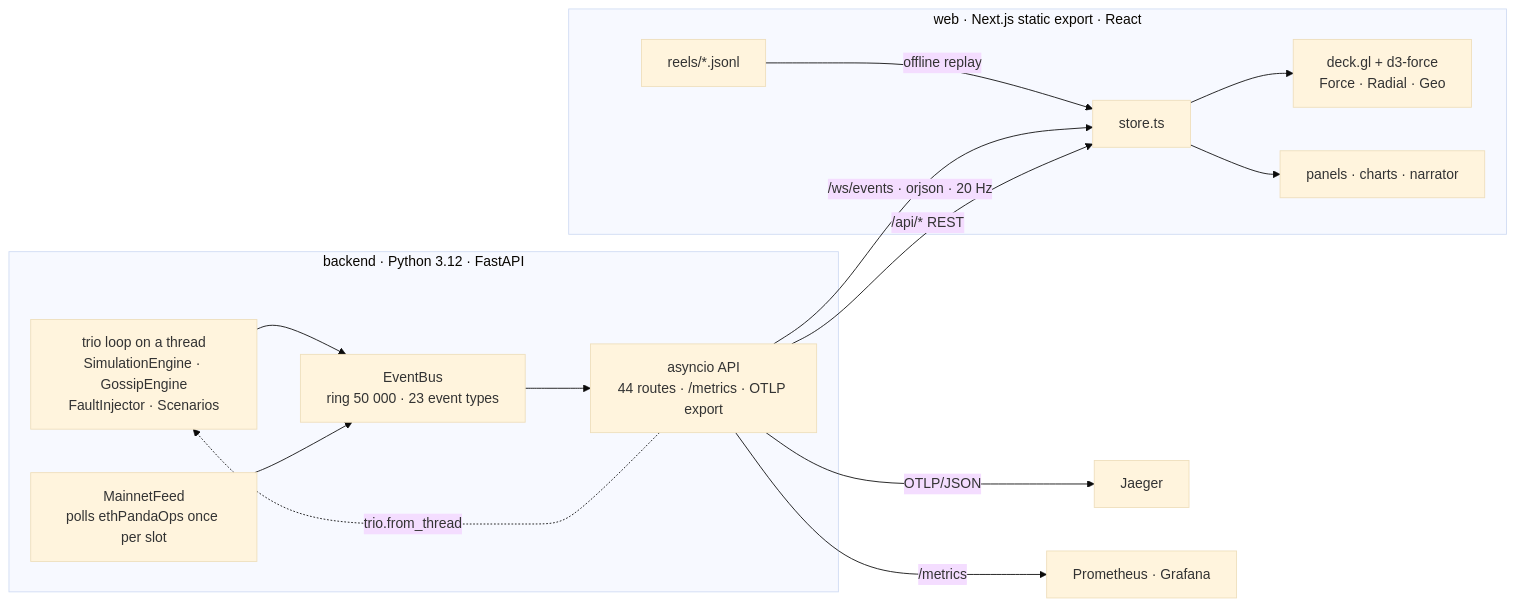
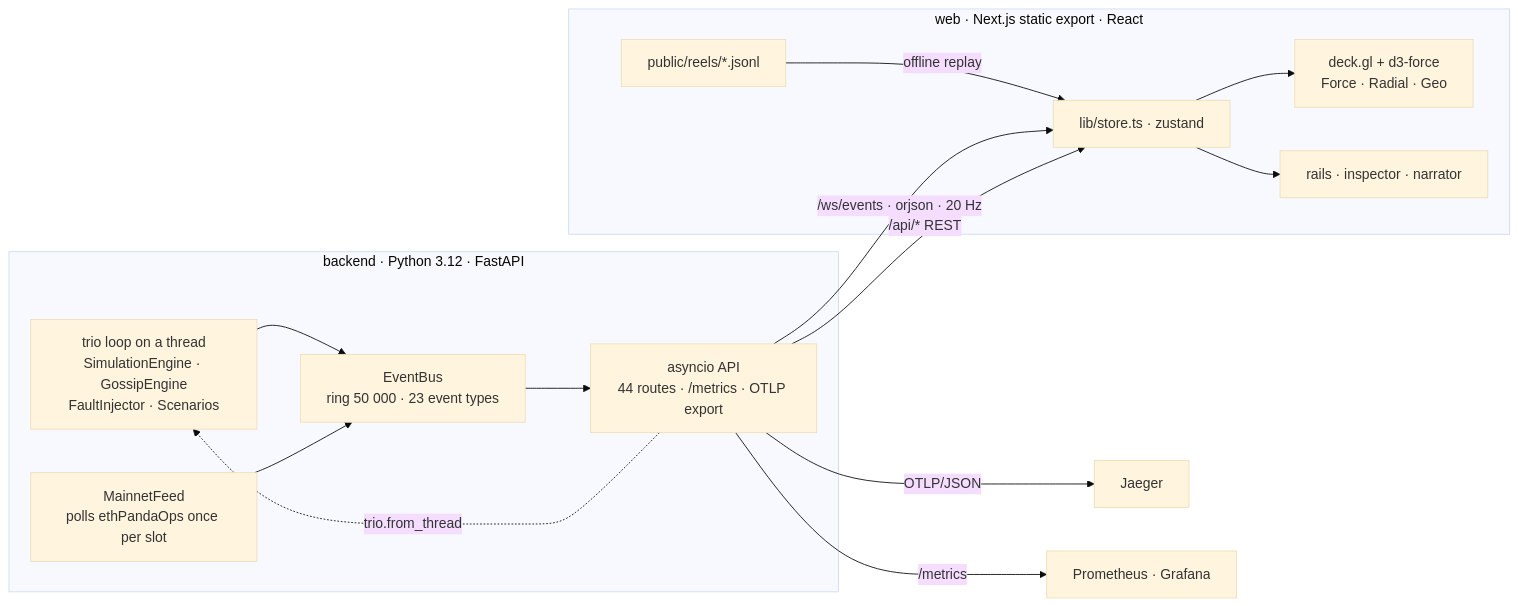
Before and after one commit to yashksaini-coder/luminar: the diagram in README.md, drawn with Mermaid (base theme). The commit also changed other lines of this file, not shown here.

Commit message:
fix(docs): README matches web/: TS 5.9 badge, presets cap at 200, strip vs toolbar, inspector rows, diagram paths

````diff
--- a/README.md
+++ b/README.md
@@ -149,26 +149,26 @@
 ```mermaid
 flowchart LR
   subgraph backend ["backend · Python 3.12 · FastAPI"]
     trio["trio loop on a thread<br/>SimulationEngine · GossipEngine<br/>FaultInjector · Scenarios"]
     bus["EventBus<br/>ring 50 000 · 23 event types"]
     api["asyncio API<br/>44 routes · /metrics · OTLP export"]
     feed["MainnetFeed<br/>polls ethPandaOps once per slot"]
     trio --> bus
     feed --> bus
     bus --> api
     api -. "trio.from_thread" .-> trio
   end
   subgraph frontend ["web · Next.js static export · React"]
-    store["store.ts"]
+    store["lib/store.ts · zustand"]
     map["deck.gl + d3-force<br/>Force · Radial · Geo"]
-    ui["panels · charts · narrator"]
-    reels["reels/*.jsonl"]
+    ui["rails · inspector · narrator"]
+    reels["public/reels/*.jsonl"]
     store --> map
     store --> ui
     reels -- "offline replay" --> store
   end
   api -- "/ws/events · orjson · 20 Hz" --> store
   api -- "/api/* REST" --> store
   api -- "OTLP/JSON" --> jaeger["Jaeger"]
   api -- "/metrics" --> prom["Prometheus · Grafana"]
 ```
````
